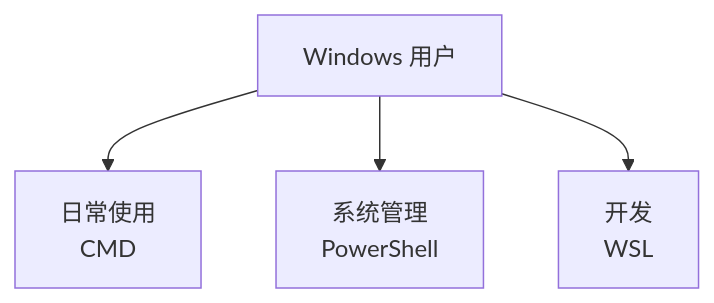
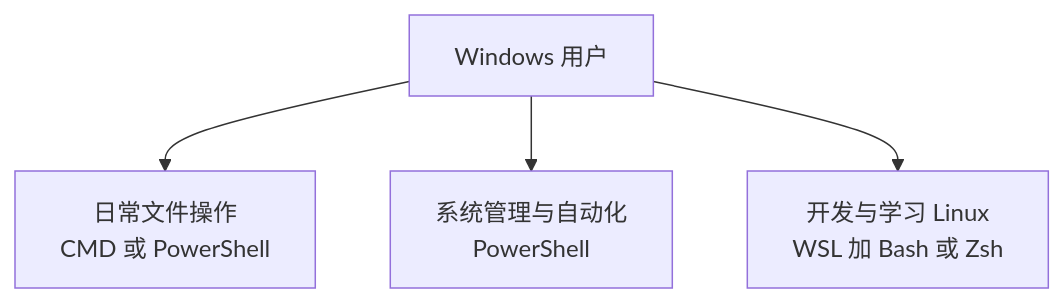
One commit to ECUSTCIC-CodeHub/Dev-Voyage changed the second of 2 diagrams in docs/essential/command-line/5-shells.md. Above: the diagram before and after it, drawn with Mermaid. The commit also changed other lines of this file, not shown here.

First line of the commit message:
refactor(docs): 重构 command-line 第 5 章 Shell 的世界

````diff
--- a/docs/essential/command-line/5-shells.md
+++ b/docs/essential/command-line/5-shells.md
@@ -221,7 +349,7 @@
 ```mermaid
 flowchart TD
     A[Windows 用户]
-    A --> B[日常使用<br/>CMD]
-    A --> C[系统管理<br/>PowerShell]
-    A --> D[开发<br/>WSL]
+    A --> B[日常文件操作<br/>CMD 或 PowerShell]
+    A --> C[系统管理与自动化<br/>PowerShell]
+    A --> D[开发与学习 Linux<br/>WSL 加 Bash 或 Zsh]
 ```
````
